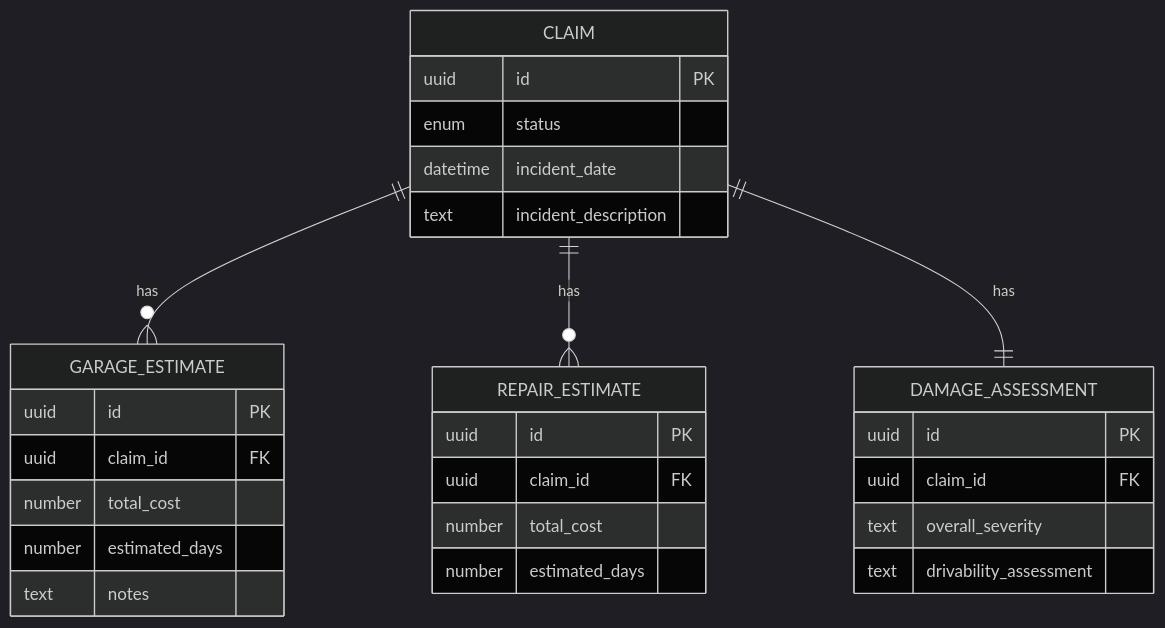
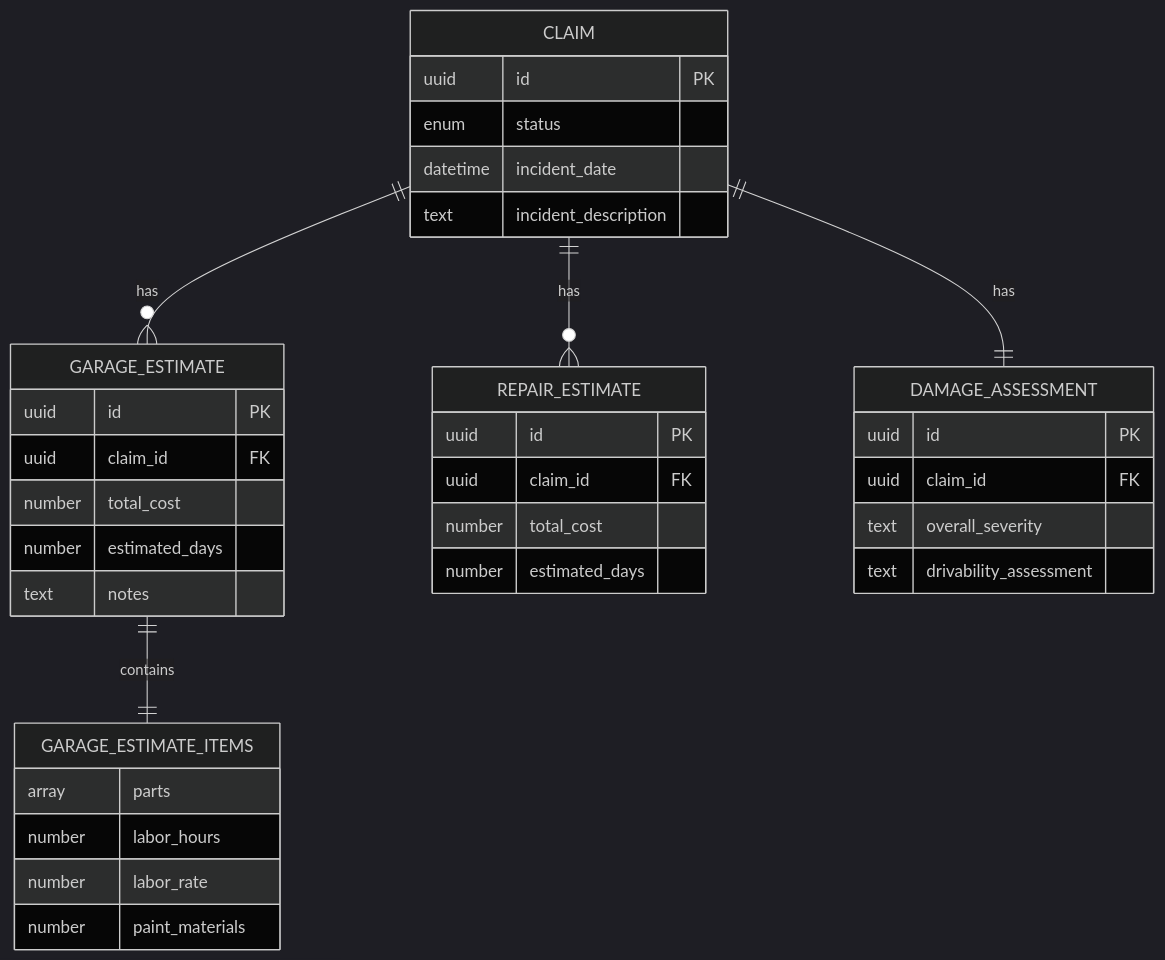
The eighth of 9 diagrams in .qoder/repowiki/en/content/Frontend Documentation/Garage Frontend Interface.md (NaveenHiranya/Smart-Vehicle-Insurance-Claim-System), drawn with Mermaid (dark theme) before and after one commit. The commit also changed other lines of this file and 33 other files, not shown here.

````diff
--- a/.qoder/repowiki/en/content/Frontend Documentation/Garage Frontend Interface.md
+++ b/.qoder/repowiki/en/content/Frontend Documentation/Garage Frontend Interface.md
@@ -244,31 +293,38 @@
 ```mermaid
 erDiagram
 CLAIM {
 uuid id PK
 enum status
 datetime incident_date
 text incident_description
 }
 GARAGE_ESTIMATE {
 uuid id PK
 uuid claim_id FK
 number total_cost
 number estimated_days
 text notes
 }
 REPAIR_ESTIMATE {
 uuid id PK
 uuid claim_id FK
 number total_cost
 number estimated_days
 }
 DAMAGE_ASSESSMENT {
 uuid id PK
 uuid claim_id FK
 text overall_severity
 text drivability_assessment
 }
+GARAGE_ESTIMATE_ITEMS {
+array parts
+number labor_hours
+number labor_rate
+number paint_materials
+}
 CLAIM ||--o{ GARAGE_ESTIMATE : "has"
 CLAIM ||--o{ REPAIR_ESTIMATE : "has"
 CLAIM ||--|| DAMAGE_ASSESSMENT : "has"
+GARAGE_ESTIMATE ||--|| GARAGE_ESTIMATE_ITEMS : "contains"
 ```
````
